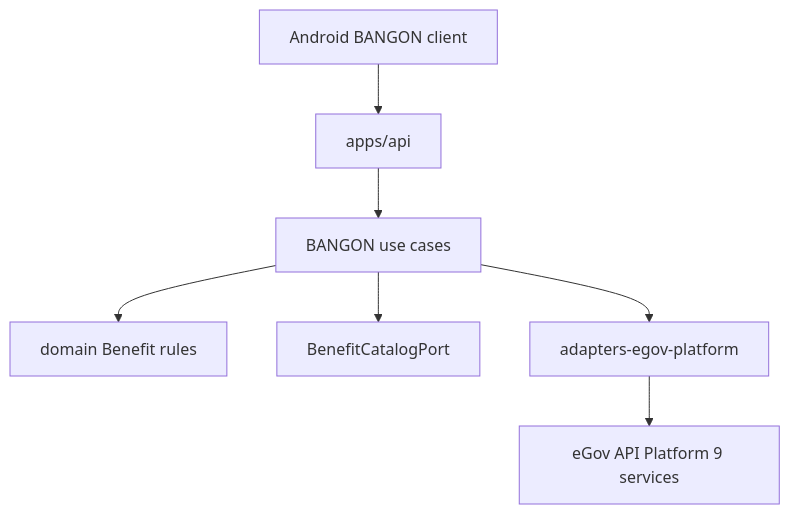
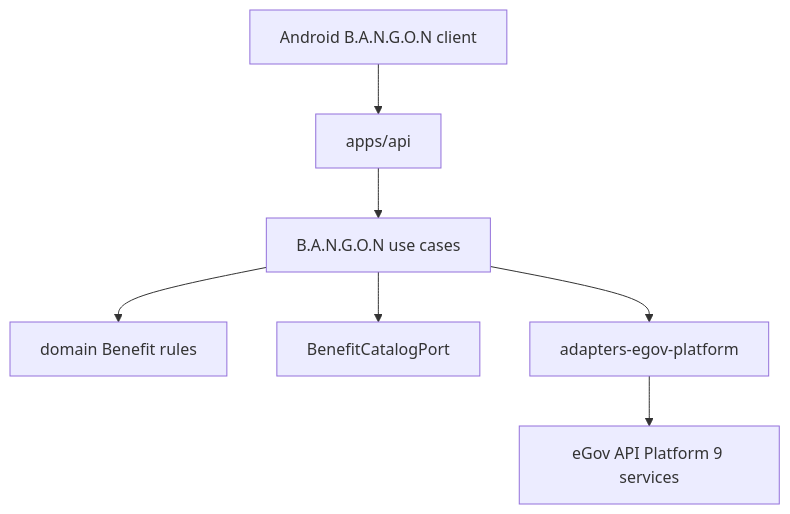
Before and after one commit to TadeyRuk/eGov: the second of 2 diagrams in README.md, drawn with Mermaid. The commit also changed other lines of this file, not shown here.

````diff
--- a/README.md
+++ b/README.md
@@ -100,15 +100,15 @@
 ```mermaid
 flowchart TB
-  Client[Android BANGON client]
+  Client[Android B.A.N.G.O.N client]
   Api[apps/api]
-  UC[BANGON use cases]
+  UC[B.A.N.G.O.N use cases]
   Domain[domain Benefit rules]
   Catalog[BenefitCatalogPort]
   Platform[adapters-egov-platform]
   Ext[eGov API Platform 9 services]
 
   Client --> Api --> UC
   UC --> Domain
   UC --> Catalog
   UC --> Platform --> Ext
 ```
````
